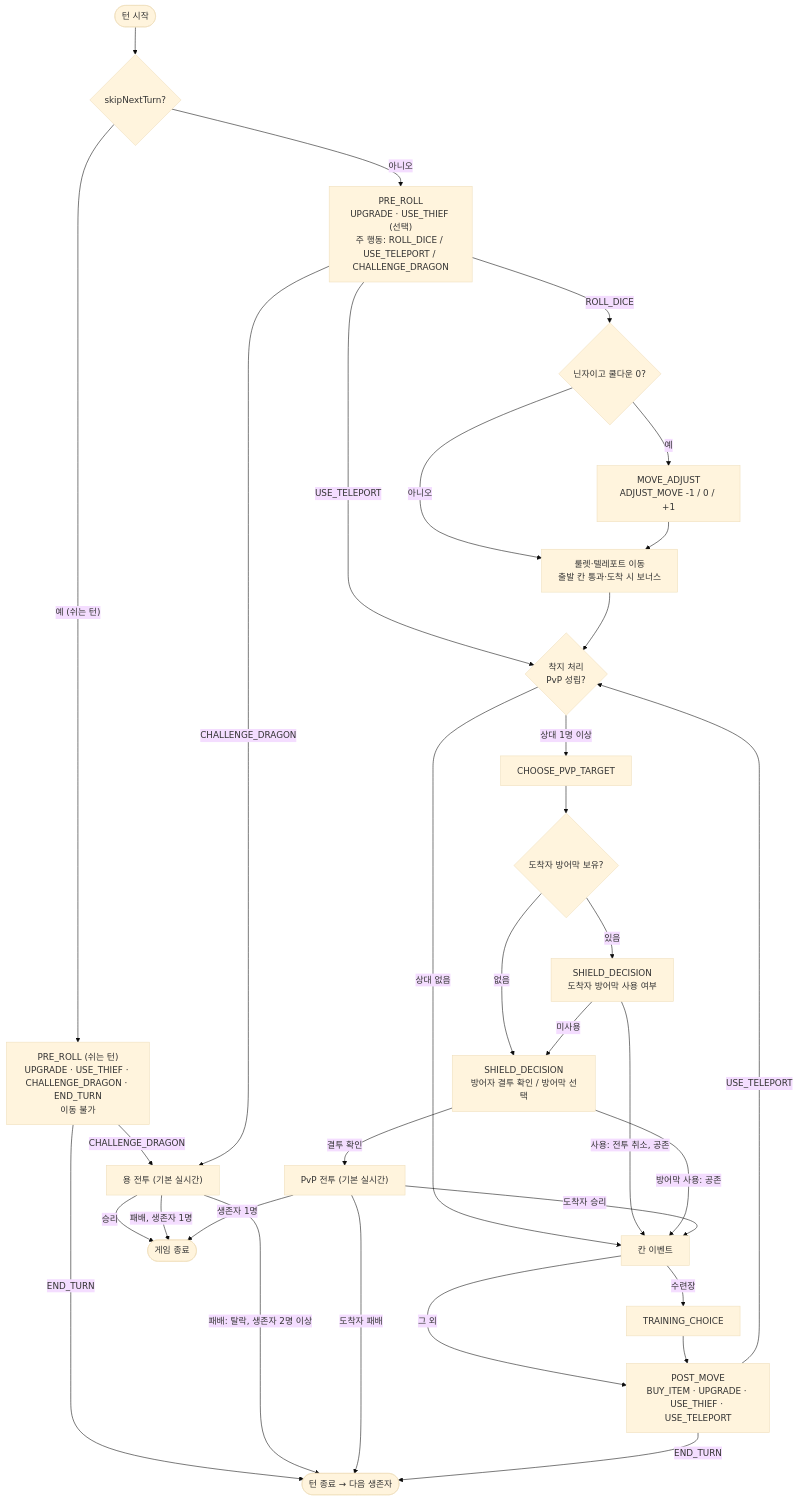
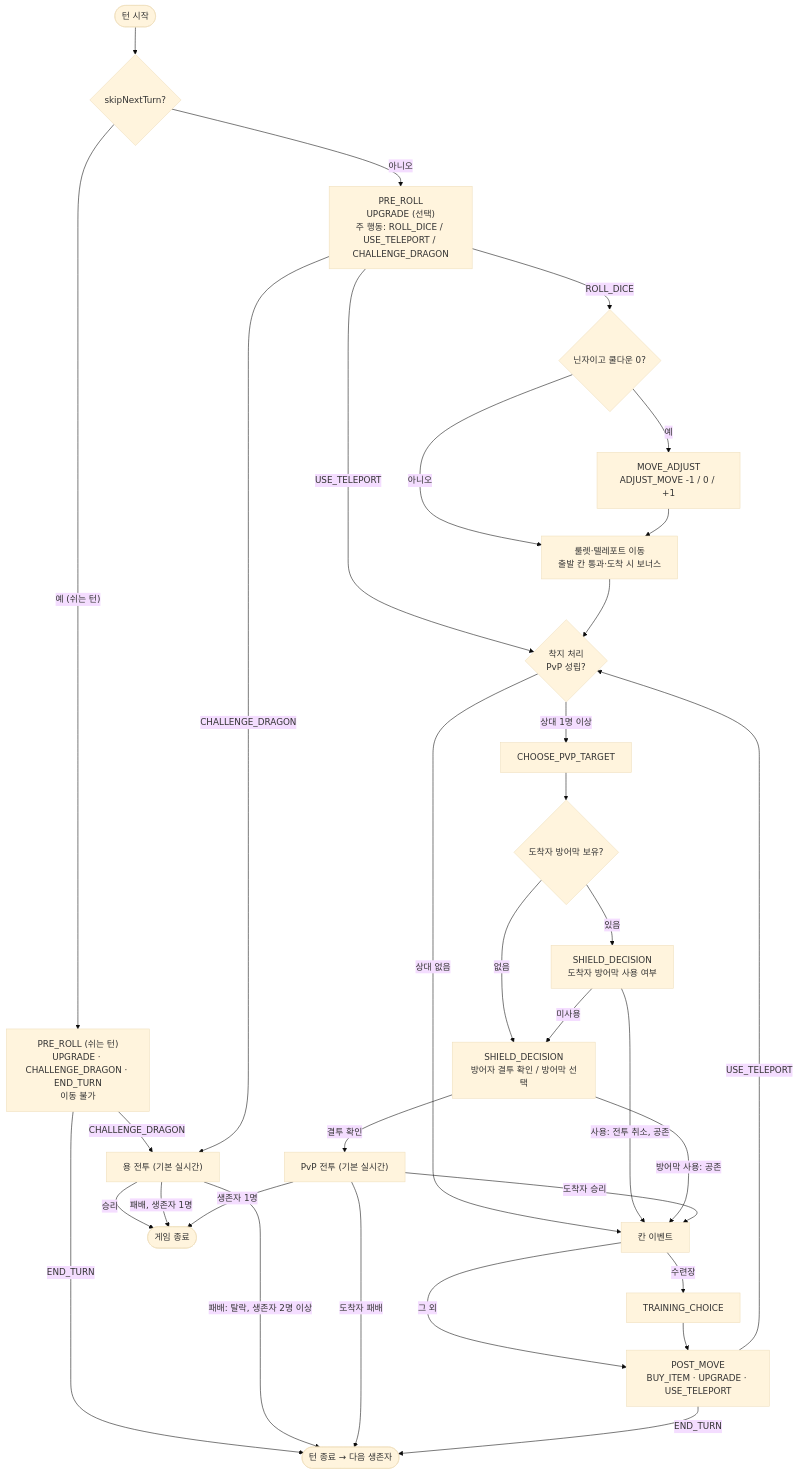
One commit to KR-penguin/Dragon-Rush changed the diagram in docs/game-design.md. Above: the diagram before and after it, drawn with Mermaid (base theme). The commit also changed other lines of this file and 74 other files, not shown here.

````diff
--- a/docs/game-design.md
+++ b/docs/game-design.md
@@ -165,54 +165,54 @@
 ```mermaid
 flowchart TD
   ts(["턴 시작"])
   skipQ{"skipNextTurn?"}
-  pre["PRE_ROLL<br/>UPGRADE · USE_THIEF (선택)<br/>주 행동: ROLL_DICE / USE_TELEPORT / CHALLENGE_DRAGON"]
+  pre["PRE_ROLL<br/>UPGRADE (선택)<br/>주 행동: ROLL_DICE / USE_TELEPORT / CHALLENGE_DRAGON"]
   dragonFight["용 전투 (기본 실시간)"]
   adjQ{"닌자이고 쿨다운 0?"}
   adj["MOVE_ADJUST<br/>ADJUST_MOVE -1 / 0 / +1"]
   move["룰렛·텔레포트 이동<br/>출발 칸 통과·도착 시 보너스"]
   land{"착지 처리<br/>PvP 성립?"}
   target["CHOOSE_PVP_TARGET"]
   shieldQ{"도착자 방어막 보유?"}
   shield["SHIELD_DECISION<br/>도착자 방어막 사용 여부"]
   defender["SHIELD_DECISION<br/>방어자 결투 확인 / 방어막 선택"]
   duel["PvP 전투 (기본 실시간)"]
   tile["칸 이벤트"]
   train["TRAINING_CHOICE"]
-  post["POST_MOVE<br/>BUY_ITEM · UPGRADE · USE_THIEF · USE_TELEPORT"]
+  post["POST_MOVE<br/>BUY_ITEM · UPGRADE · USE_TELEPORT"]
   turnEnd(["턴 종료 → 다음 생존자"])
   gameEnd(["게임 종료"])
 
   ts --> skipQ
-  skipQ -->|"예 (쉬는 턴)"| rest["PRE_ROLL (쉬는 턴)<br/>UPGRADE · USE_THIEF · CHALLENGE_DRAGON · END_TURN<br/>이동 불가"]
+  skipQ -->|"예 (쉬는 턴)"| rest["PRE_ROLL (쉬는 턴)<br/>UPGRADE · CHALLENGE_DRAGON · END_TURN<br/>이동 불가"]
   rest -->|"END_TURN"| turnEnd
   rest -->|"CHALLENGE_DRAGON"| dragonFight
   skipQ -->|"아니오"| pre
   pre -->|"CHALLENGE_DRAGON"| dragonFight
   dragonFight -->|"승리"| gameEnd
   dragonFight -->|"패배: 탈락, 생존자 2명 이상"| turnEnd
   dragonFight -->|"패배, 생존자 1명"| gameEnd
   pre -->|"ROLL_DICE"| adjQ
   adjQ -->|"예"| adj
   adjQ -->|"아니오"| move
   adj --> move
   pre -->|"USE_TELEPORT"| land
   move --> land
   land -->|"상대 1명 이상"| target
   land -->|"상대 없음"| tile
   target --> shieldQ
   shieldQ -->|"있음"| shield
   shieldQ -->|"없음"| defender
   shield -->|"사용: 전투 취소, 공존"| tile
   shield -->|"미사용"| defender
   defender -->|"방어막 사용: 공존"| tile
   defender -->|"결투 확인"| duel
   duel -->|"도착자 승리"| tile
   duel -->|"도착자 패배"| turnEnd
   duel -->|"생존자 1명"| gameEnd
   tile -->|"수련장"| train
   tile -->|"그 외"| post
   train --> post
   post -->|"USE_TELEPORT"| land
   post -->|"END_TURN"| turnEnd
 ```
````
